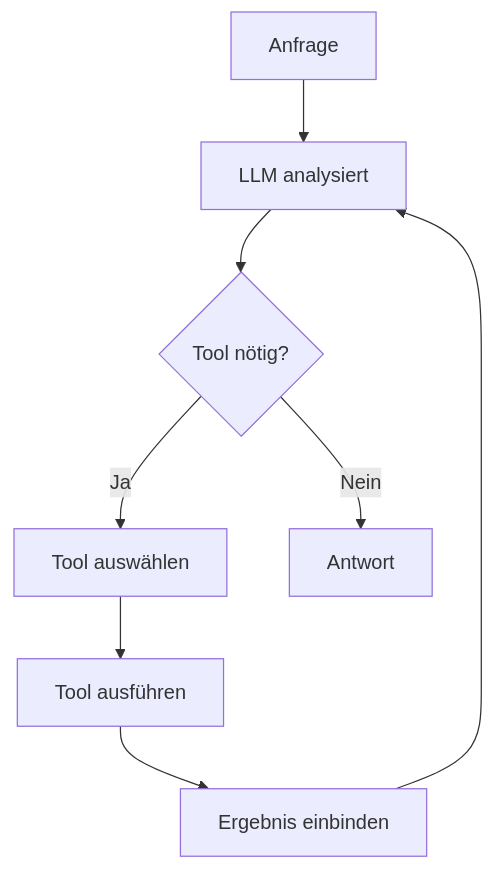
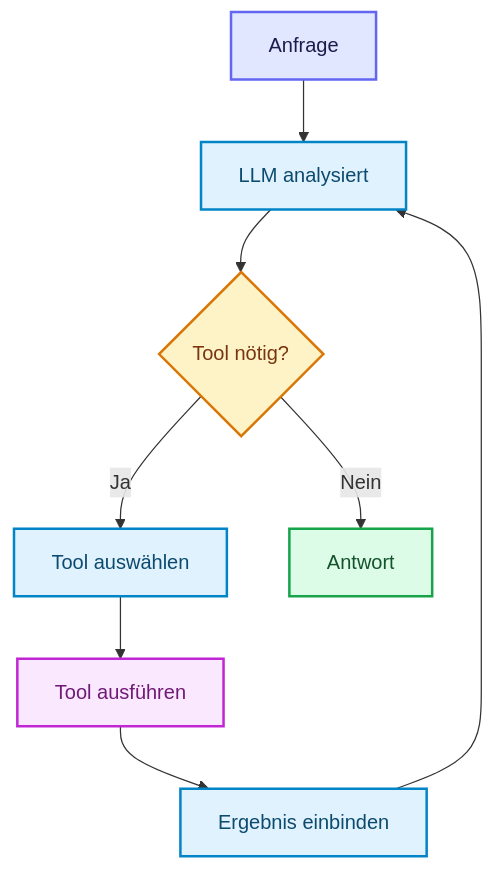
The fourth of 7 diagrams in docs/04-agenten-implementierung/entwurf/agent-architekturen.md (ralf-42/Agenten), drawn with Mermaid before and after one commit. The commit also changed other lines of this file and 18 other files, not shown here.

````diff
--- a/docs/04-agenten-implementierung/entwurf/agent-architekturen.md
+++ b/docs/04-agenten-implementierung/entwurf/agent-architekturen.md
@@ -189,10 +220,21 @@
 ```mermaid
 flowchart TD
     A[Anfrage] --> B[LLM analysiert]
     B --> C{Tool nötig?}
     C -->|Ja| D[Tool auswählen]
     D --> E[Tool ausführen]
     E --> F[Ergebnis einbinden]
     F --> B
     C -->|Nein| G[Antwort]
+
+    classDef default fill:#e0f2fe,stroke:#0284c7,stroke-width:2px,color:#0c4a6e;
+    classDef input fill:#e0e7ff,stroke:#6366f1,stroke-width:2px,color:#1e1b4b;
+    classDef metric fill:#fef3c7,stroke:#d97706,stroke-width:2px,color:#78350f;
+    classDef output fill:#dcfce7,stroke:#16a34a,stroke-width:2px,color:#14532d;
+    classDef target fill:#fae8ff,stroke:#c026d3,stroke-width:2px,color:#701a75;
+
+    class A input;
+    class C metric;
+    class G output;
+    class E target;
 ```
````
